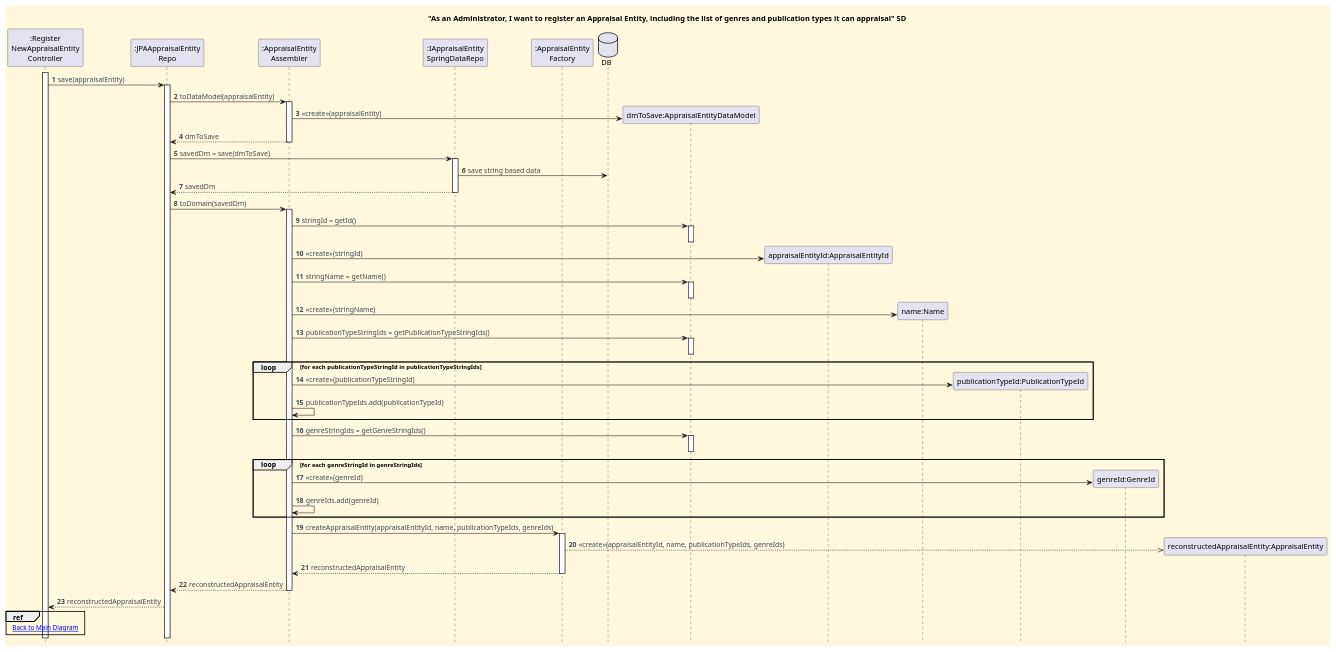
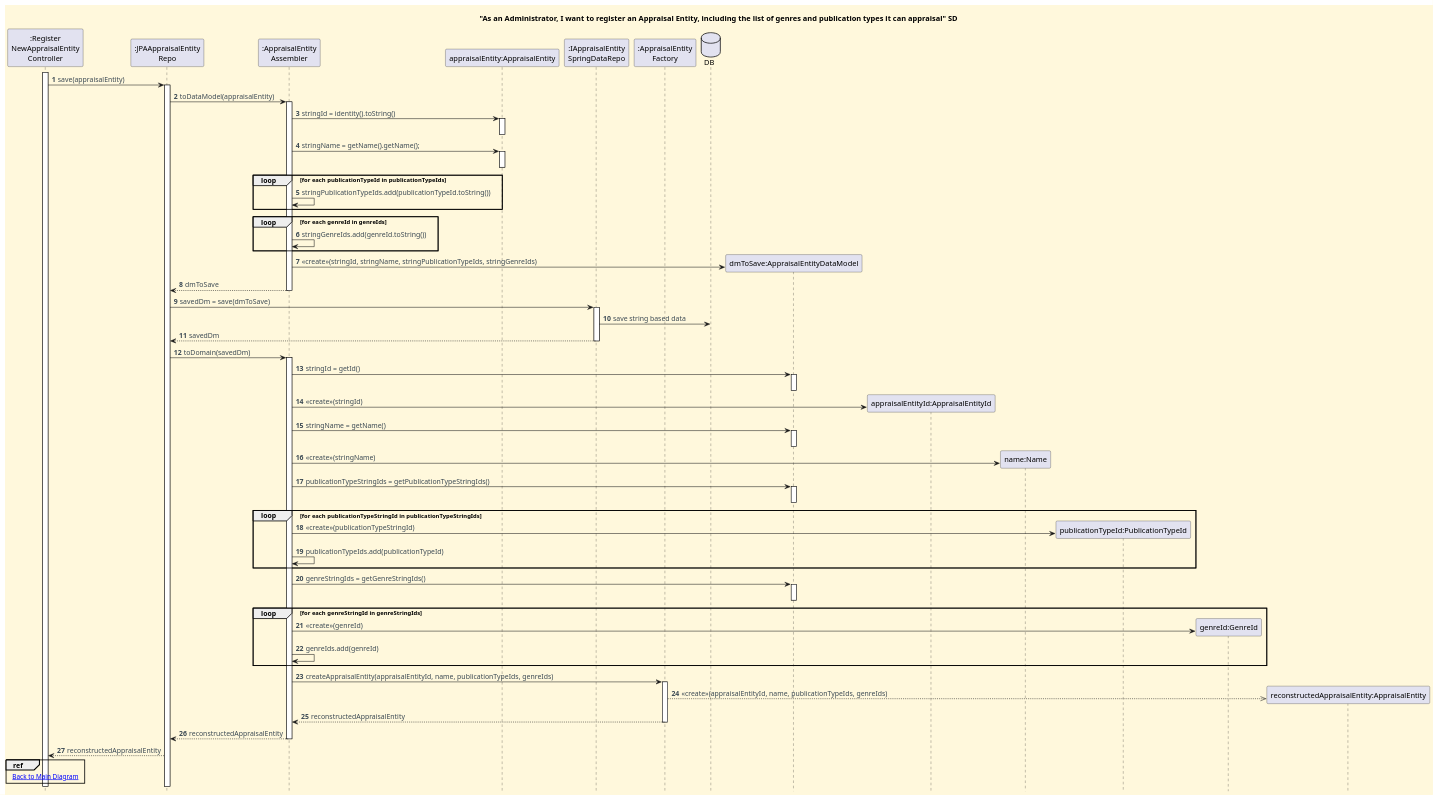
Before and after one commit to CarolinaLeite-collab/JavaMarketplacePlatform: the diagram in docs/functionalities/admin/register-new-appraisal-entity/sd-ref-diagrams/Save_Publication_Type.puml, drawn with PlantUML.

Commit message:
docs: updates SD on Register New Appraisal Entity functionality, closes #781

```diff
--- a/docs/functionalities/admin/register-new-appraisal-entity/sd-ref-diagrams/Save_Publication_Type.puml
+++ b/docs/functionalities/admin/register-new-appraisal-entity/sd-ref-diagrams/Save_Publication_Type.puml
@@ -1,100 +1,120 @@
 @startuml
 '==== Title ====
 title "As an Administrator, I want to register an Appraisal Entity, including the list of genres and publication types it can appraisal" SD
 
 
 '==== basic style ====
 skinparam monochrome false
 skinparam shadowing false
 skinparam defaultFontName Futura
 skinparam objectFontSize 20
 skinparam backgroundColor CornSilk
 skinparam objectBackgroundColor WhiteSmoke
 skinparam noteBackgroundColor #FFFFE0
 skinparam ArrowFontColor #3B4953
 skinparam ActivationBackgroundColor black
 hidefootbox
 autonumber
 
 
 ' ==== Actor and participants ====
 participant ":Register\nNewAppraisalEntity\nController" as CTL
 participant ":JPAAppraisalEntity\nRepo" as JPAREPO
 participant ":AppraisalEntity\nAssembler" as ASSMBLR
+participant "appraisalEntity:AppraisalEntity" as AE
 participant ":IAppraisalEntity\nSpringDataRepo" as SDREPO
 participant ":AppraisalEntity\nFactory" as FACTORY
 database "DB" as DB
 
 activate CTL
 CTL -> JPAREPO : save(appraisalEntity)
 activate JPAREPO
 JPAREPO -> ASSMBLR : toDataModel(appraisalEntity)
 activate ASSMBLR
+ASSMBLR -> AE : stringId = identity().toString()
+activate AE
+deactivate AE
+ASSMBLR -> AE : stringName = getName().getName();
+activate AE
+deactivate AE
+
+    loop for each publicationTypeId in publicationTypeIds
+
+    ASSMBLR -> ASSMBLR : stringPublicationTypeIds.add(publicationTypeId.toString())
+
+    end loop
+
+    loop for each genreId in genreIds
+
+    ASSMBLR -> ASSMBLR : stringGenreIds.add(genreId.toString())
+
+    end loop
+
 create "dmToSave:AppraisalEntityDataModel"
-ASSMBLR -> "dmToSave:AppraisalEntityDataModel" : <<create>>(appraisalEntity)
+ASSMBLR -> "dmToSave:AppraisalEntityDataModel" : <<create>>(stringId, stringName, stringPublicationTypeIds, stringGenreIds)
 ASSMBLR --> JPAREPO : dmToSave
 deactivate ASSMBLR
 JPAREPO -> SDREPO : savedDm = save(dmToSave)
 activate SDREPO
 SDREPO -> DB : save string based data
 SDREPO --> JPAREPO : savedDm
 deactivate SDREPO
 JPAREPO -> ASSMBLR : toDomain(savedDm)
 activate ASSMBLR
 ASSMBLR -> "dmToSave:AppraisalEntityDataModel" : stringId = getId()
 activate "dmToSave:AppraisalEntityDataModel"
 deactivate "dmToSave:AppraisalEntityDataModel"
 
 create "appraisalEntityId:AppraisalEntityId"
 ASSMBLR -> "appraisalEntityId:AppraisalEntityId" : <<create>>(stringId)
 
 ASSMBLR -> "dmToSave:AppraisalEntityDataModel" : stringName = getName()
 activate "dmToSave:AppraisalEntityDataModel"
 deactivate "dmToSave:AppraisalEntityDataModel"
 
 create "name:Name"
 ASSMBLR -> "name:Name" : <<create>>(stringName)
 
 ASSMBLR -> "dmToSave:AppraisalEntityDataModel" : publicationTypeStringIds = getPublicationTypeStringIds()
 activate "dmToSave:AppraisalEntityDataModel"
 deactivate "dmToSave:AppraisalEntityDataModel"
 
     loop for each publicationTypeStringId in publicationTypeStringIds
 
     create "publicationTypeId:PublicationTypeId"
     ASSMBLR -> "publicationTypeId:PublicationTypeId" : <<create>>(publicationTypeStringId)
 
     ASSMBLR -> ASSMBLR : publicationTypeIds.add(publicationTypeId)
 
     end loop
 
 ASSMBLR -> "dmToSave:AppraisalEntityDataModel" : genreStringIds = getGenreStringIds()
 activate "dmToSave:AppraisalEntityDataModel"
 deactivate "dmToSave:AppraisalEntityDataModel"
 
     loop for each genreStringId in genreStringIds
 
     create "genreId:GenreId"
     ASSMBLR -> "genreId:GenreId" : <<create>>(genreId)
 
     ASSMBLR -> ASSMBLR : genreIds.add(genreId)
 
     end loop
 
 ASSMBLR -> FACTORY : createAppraisalEntity(appraisalEntityId, name, publicationTypeIds, genreIds)
 activate FACTORY
 create "reconstructedAppraisalEntity:AppraisalEntity"
 FACTORY -->> "reconstructedAppraisalEntity:AppraisalEntity" : <<create>>(appraisalEntityId, name, publicationTypeIds, genreIds)
 FACTORY --> ASSMBLR : reconstructedAppraisalEntity
 deactivate FACTORY
 ASSMBLR --> JPAREPO : reconstructedAppraisalEntity
 deactivate ASSMBLR
 JPAREPO --> CTL : reconstructedAppraisalEntity
 
 ref over CTL
 [[../Register_New_Appraisal_Entity_SD.puml Back to Main Diagram]]
 end ref
 
 'deactivate CTL
 
 @enduml
```
